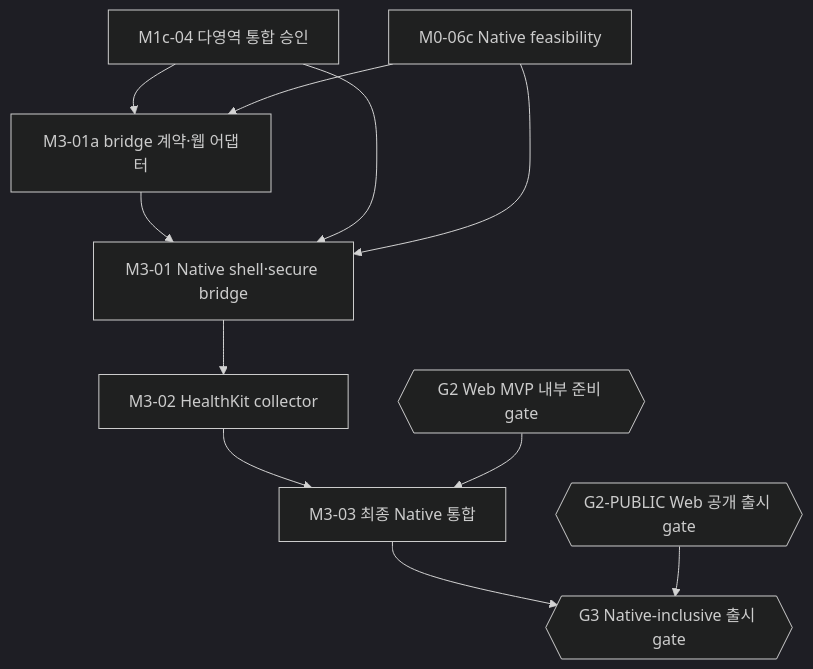
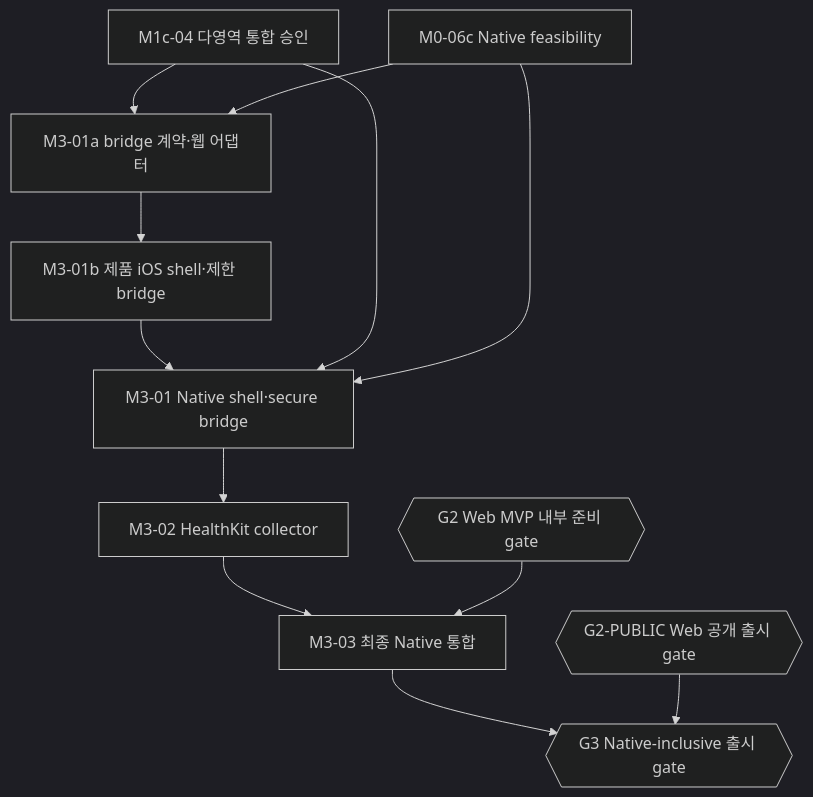
The third of 3 diagrams in docs/implementation/task-graph.md (peacecheejecake/workout-manager), drawn with Mermaid (dark theme) before and after one commit. The commit also changed other lines of this file and 37 other files, not shown here.

Commit message:
feat(native): add bundled iOS shell and restricted bridge

````diff
--- a/docs/implementation/task-graph.md
+++ b/docs/implementation/task-graph.md
@@ -524,22 +524,24 @@
 ```mermaid
 flowchart TD
     task8["M0-06c Native feasibility"]
     task25["M1c-04 다영역 통합 승인"]
     task33{{"G2 Web MVP 내부 준비 gate"}}
     publicGate{{"G2-PUBLIC Web 공개 출시 gate"}}
     task34["M3-01 Native shell·secure bridge"]
     task34a["M3-01a bridge 계약·웹 어댑터"]
+    task34b["M3-01b 제품 iOS shell·제한 bridge"]
     task35["M3-02 HealthKit collector"]
     task36["M3-03 최종 Native 통합"]
     task37{{"G3 Native-inclusive 출시 gate"}}
     task25 --> task34a
     task8 --> task34a
-    task34a --> task34
+    task34a --> task34b
+    task34b --> task34
     task25 --> task34
     task8 --> task34
     task34 --> task35
     task35 --> task36
     task33 --> task36
     task36 --> task37
     publicGate --> task37
 ```
````
